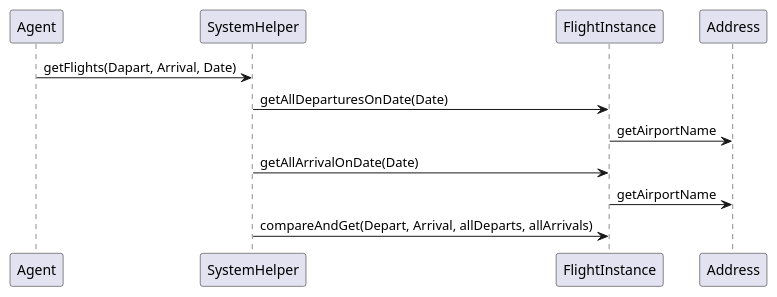
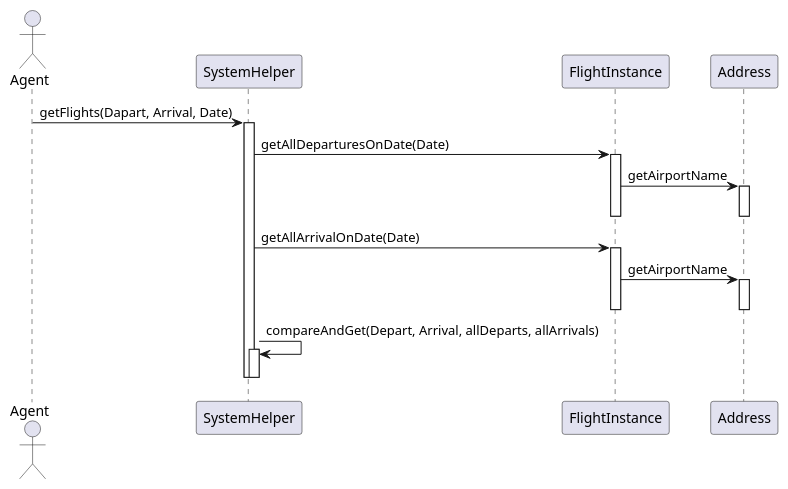
The diagram in Diagrams/Sequence/Agent/3_view_flights.puml (AlperenElbasan/FlightReservationSystem), drawn with PlantUML before and after one commit. The commit also changed 5 other files, not shown here.

```diff
--- a/Diagrams/Sequence/Agent/3_view_flights.puml
+++ b/Diagrams/Sequence/Agent/3_view_flights.puml
@@ -1,10 +1,27 @@
-@startuml
+@startuml ViewFlights
+Actor Agent
+
 
 Agent -> SystemHelper : getFlights(Dapart, Arrival, Date)
+activate SystemHelper
 SystemHelper -> FlightInstance : getAllDeparturesOnDate(Date)
+activate FlightInstance
 FlightInstance -> Address : getAirportName
+activate Address
+deactivate
+deactivate
+
 SystemHelper -> FlightInstance : getAllArrivalOnDate(Date)
+activate FlightInstance
 FlightInstance -> Address : getAirportName
-SystemHelper -> FlightInstance : compareAndGet(Depart, Arrival, allDeparts, allArrivals)
+activate Address
+deactivate
+
+deactivate
+SystemHelper -> SystemHelper : compareAndGet(Depart, Arrival, allDeparts, allArrivals)
+activate SystemHelper
+deactivate
+deactivate
+
 
 @enduml
```
